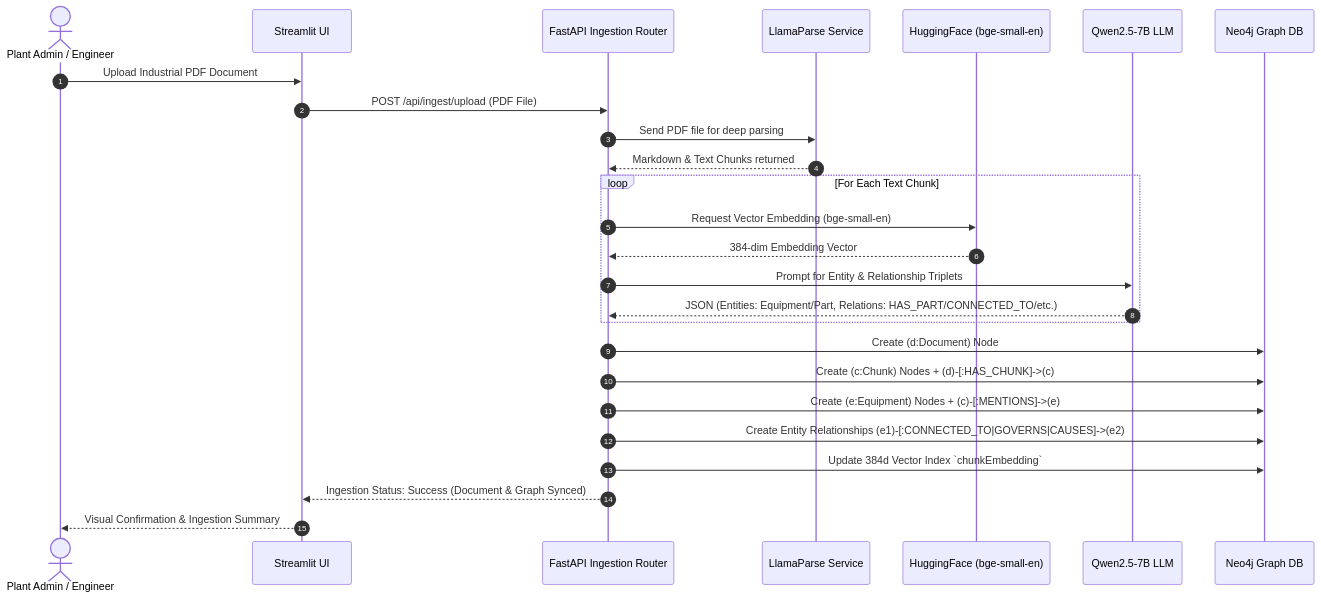
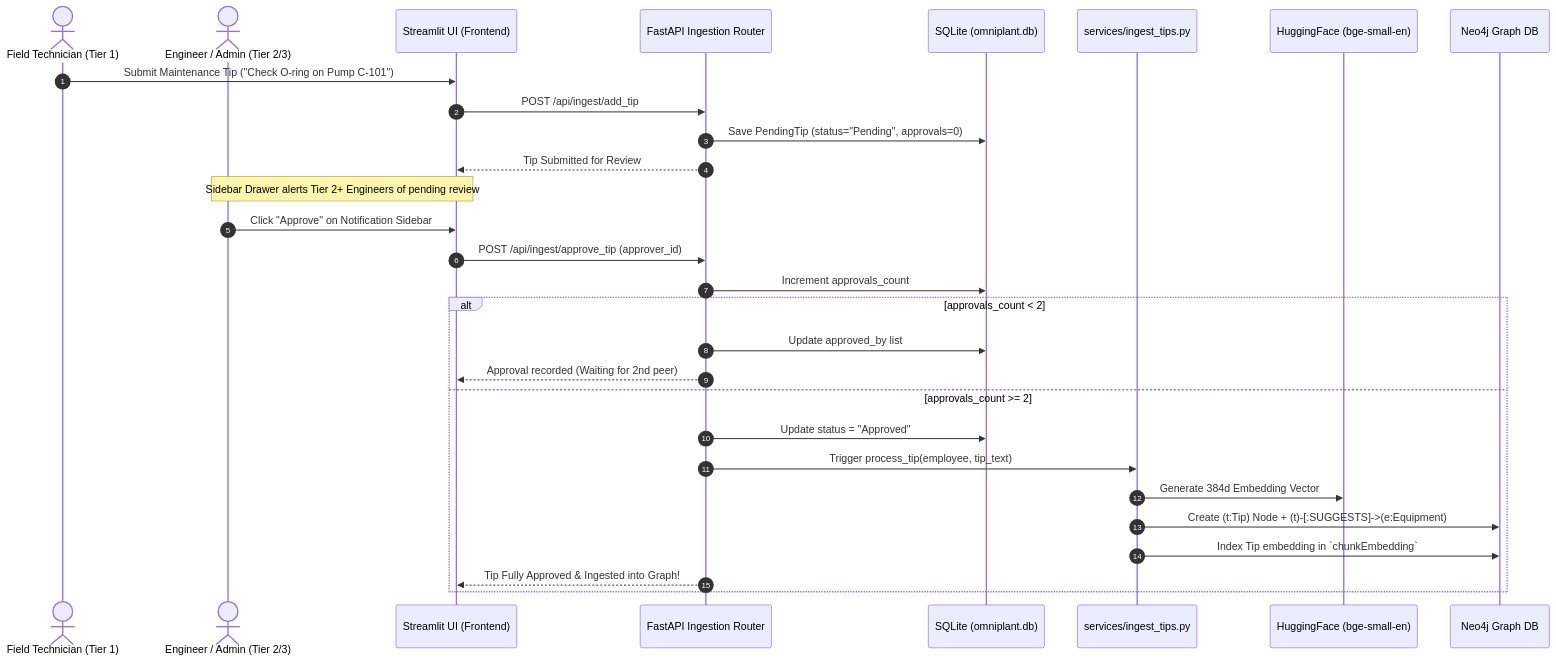
Before and after one commit to MrGen06/omniplant: the second of 6 diagrams in ARCHITECTURE.md, drawn with Mermaid. The commit also changed other lines of this file and 1 other file, not shown here.

Commit message:
docs: add project README and update system architecture diagrams to include maintenance tip workflow

````diff
--- a/ARCHITECTURE.md
+++ b/ARCHITECTURE.md
@@ -92,31 +97,34 @@
 ```mermaid
 sequenceDiagram
     autonumber
-    actor Admin as Plant Admin / Engineer
-    participant Frontend as Streamlit UI
+    actor Tech as Field Technician (Tier 1)
+    actor Eng as Engineer / Admin (Tier 2/3)
+    participant UI as Streamlit UI (Frontend)
     participant Router as FastAPI Ingestion Router
-    participant LP as LlamaParse Service
+    participant DB as SQLite (omniplant.db)
+    participant TipSvc as services/ingest_tips.py
     participant HF as HuggingFace (bge-small-en)
-    participant LLM as Qwen2.5-7B LLM
     participant Neo4j as Neo4j Graph DB
 
-    Admin->>Frontend: Upload Industrial PDF Document
-    Frontend->>Router: POST /api/ingest/upload (PDF File)
-    Router->>LP: Send PDF file for deep parsing
-    LP-->>Router: Markdown & Text Chunks returned
+    Tech->>UI: Submit Maintenance Tip ("Check O-ring on Pump C-101")
+    UI->>Router: POST /api/ingest/add_tip
+    Router->>DB: Save PendingTip (status="Pending", approvals=0)
+    Router-->>UI: Tip Submitted for Review
     
-    loop For Each Text Chunk
-        Router->>HF: Request Vector Embedding (bge-small-en)
-        HF-->>Router: 384-dim Embedding Vector
-        Router->>LLM: Prompt for Entity & Relationship Triplets
-        LLM-->>Router: JSON (Entities: Equipment/Part, Relations: HAS_PART/CONNECTED_TO/etc.)
+    Note over Eng, UI: Sidebar Drawer alerts Tier 2+ Engineers of pending review
+    Eng->>UI: Click "Approve" on Notification Sidebar
+    UI->>Router: POST /api/ingest/approve_tip (approver_id)
+    Router->>DB: Increment approvals_count
+
+    alt approvals_count < 2
+        Router->>DB: Update approved_by list
+        Router-->>UI: Approval recorded (Waiting for 2nd peer)
+    else approvals_count >= 2
+        Router->>DB: Update status = "Approved"
+        Router->>TipSvc: Trigger process_tip(employee, tip_text)
+        TipSvc->>HF: Generate 384d Embedding Vector
+        TipSvc->>Neo4j: Create (t:Tip) Node + (t)-[:SUGGESTS]->(e:Equipment)
+        TipSvc->>Neo4j: Index Tip embedding in `chunkEmbedding`
+        Router-->>UI: Tip Fully Approved & Ingested into Graph!
     end
-    
-    Router->>Neo4j: Create (d:Document) Node
-    Router->>Neo4j: Create (c:Chunk) Nodes + (d)-[:HAS_CHUNK]->(c)
-    Router->>Neo4j: Create (e:Equipment) Nodes + (c)-[:MENTIONS]->(e)
-    Router->>Neo4j: Create Entity Relationships (e1)-[:CONNECTED_TO|GOVERNS|CAUSES]->(e2)
-    Router->>Neo4j: Update 384d Vector Index `chunkEmbedding`
-    Router-->>Frontend: Ingestion Status: Success (Document & Graph Synced)
-    Frontend-->>Admin: Visual Confirmation & Ingestion Summary
 ```
````
